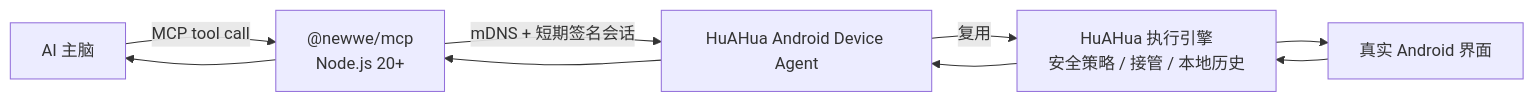
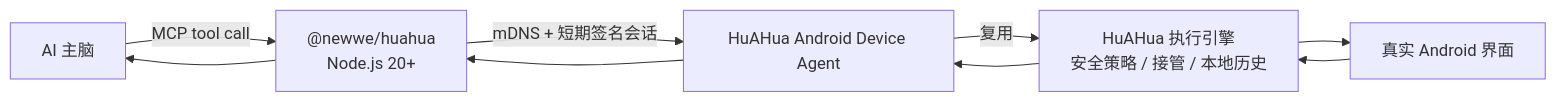
Before and after one commit to sidhu-master/huahua-device-runtime: the diagram in mcp-bootstrap/README.md, drawn with Mermaid. The commit also changed other lines of this file and 3 other files, not shown here.

````diff
--- a/mcp-bootstrap/README.md
+++ b/mcp-bootstrap/README.md
@@ -12,8 +12,8 @@
 ```mermaid
 flowchart LR
-    AI["AI 主脑"] -->|"MCP tool call"| MCP["@newwe/mcp\nNode.js 20+"]
+    AI["AI 主脑"] -->|"MCP tool call"| MCP["@newwe/huahua\nNode.js 20+"]
     MCP -->|"mDNS + 短期签名会话"| PHONE["HuAHua Android Device Agent"]
     PHONE -->|"复用"| ENGINE["HuAHua 执行引擎\n安全策略 / 接管 / 本地历史"]
     ENGINE --> UI["真实 Android 界面"]
     UI --> ENGINE --> PHONE --> MCP --> AI
 ```
````
